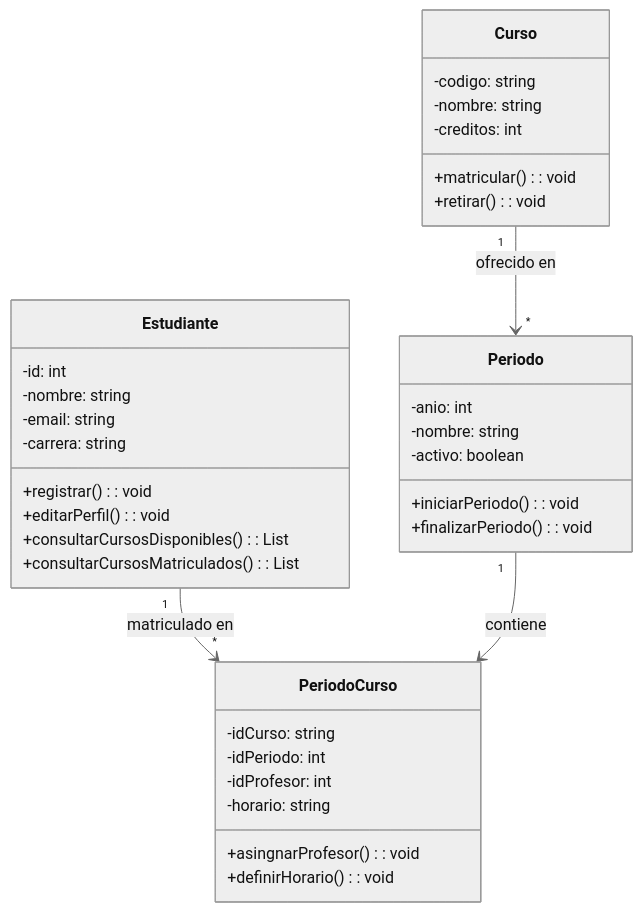
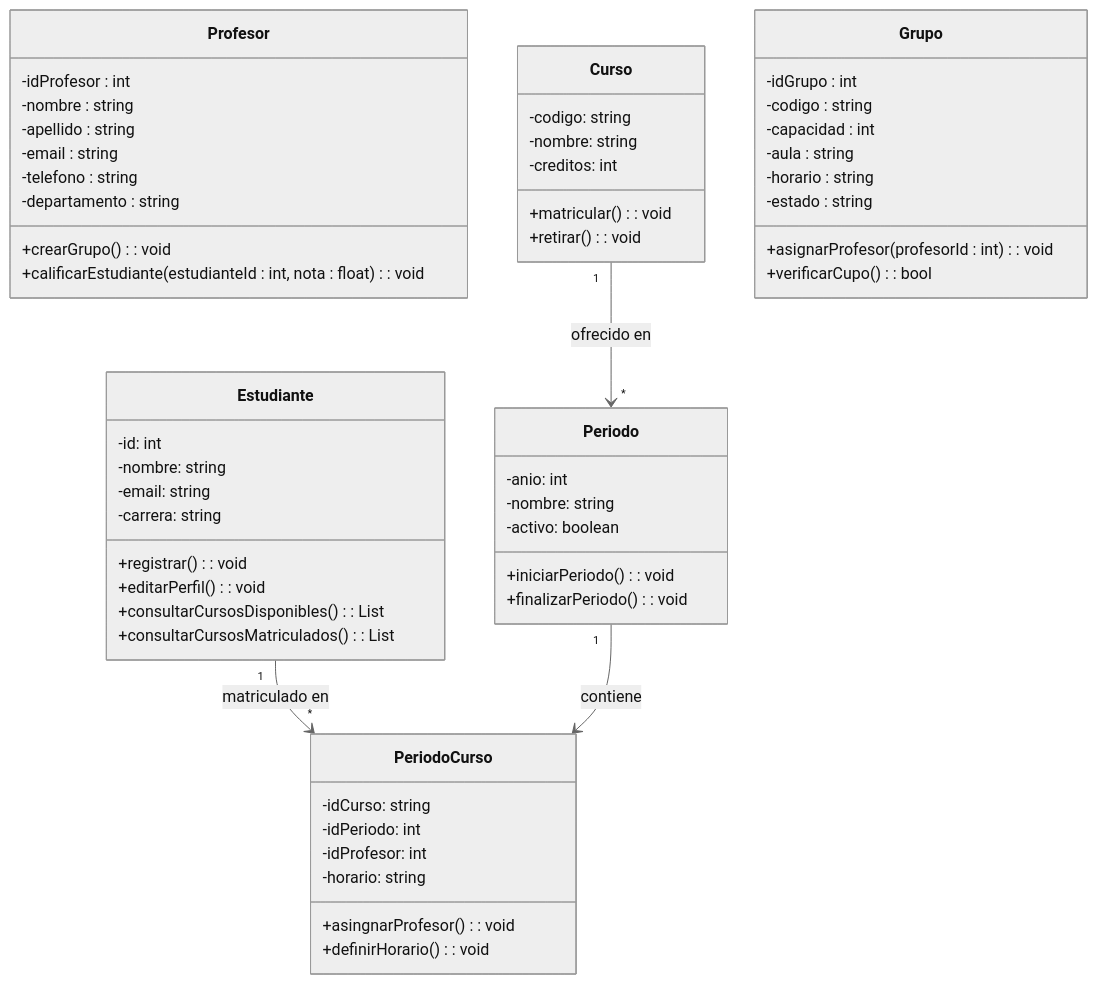
Before and after one commit to TOACR/II-51-Laboratorios: the diagram in Lab01/Diagrama de clase.mmd, drawn with Mermaid (neutral theme). The commit also changed 1 other file, not shown here.

Commit message:
Completando UML

```diff
--- a/Lab01/Diagrama de clase.mmd
+++ b/Lab01/Diagrama de clase.mmd
@@ -1,41 +1,62 @@
 classDiagram
+    class Profesor {
+       -idProfesor : int
+       -nombre : string
+       -apellido : string
+       -email : string
+       -telefono : string
+       -departamento : string
+       +crearGrupo() : void
+       +calificarEstudiante(estudianteId : int, nota : float) : void
+    }
+
     class Estudiante {
         -id: int
         -nombre: string
         -email: string
         -carrera: string
         +registrar(): void
         +editarPerfil(): void
         +consultarCursosDisponibles(): List<Curso>
         +consultarCursosMatriculados(): List<Curso>
     }
  
     class Curso {
         -codigo: string
         -nombre: string
         -creditos: int
         +matricular(): void
         +retirar(): void
     }
 
     class Periodo {
         -anio: int
         -nombre: string
         -activo: boolean
         +iniciarPeriodo(): void
         +finalizarPeriodo(): void
     }
 
     class PeriodoCurso {
         -idCurso: string
         -idPeriodo: int
         -idProfesor: int 
         -horario: string
         +asingnarProfesor(): void
         +definirHorario(): void
+    }
 
+    class Grupo {
+      -idGrupo : int
+      -codigo : string
+      -capacidad : int
+      -aula : string
+      -horario : string
+      -estado : string
+      +asignarProfesor(profesorId : int) : void
+      +verificarCupo() : bool
     }
  
     Estudiante "1" --> "*" PeriodoCurso: matriculado en
     Curso "1" --> "*" Periodo : ofrecido en
     Periodo "1" --> PeriodoCurso : contiene
```
